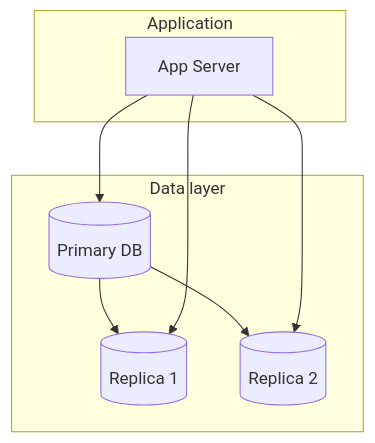
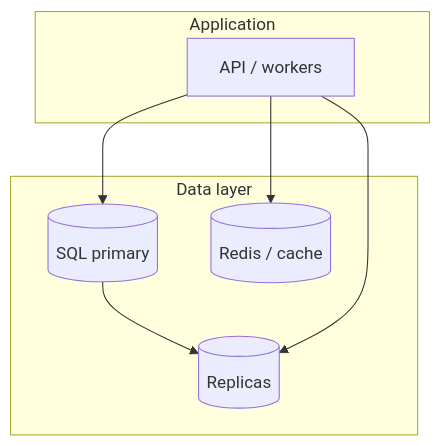
The diagram in content/hld/database-fundamentals.mdx (Gauravmadhukarkhandekar/System-design-platform), drawn with Mermaid before and after one commit. The commit also changed other lines of this file and 2 other files, not shown here.

````diff
--- a/content/hld/database-fundamentals.mdx
+++ b/content/hld/database-fundamentals.mdx
@@ -20,16 +183,15 @@
 ```mermaid
 flowchart TB
-  subgraph "Application"
-    App[App Server]
+  subgraph app [Application]
+    API[API / workers]
   end
-  subgraph "Data layer"
-    DB[(Primary DB)]
-    R1[(Replica 1)]
-    R2[(Replica 2)]
-    DB --> R1
-    DB --> R2
+  subgraph data [Data layer]
+    SQL[(SQL primary)]
+    R[(Replicas)]
+    KV[(Redis / cache)]
+    SQL --> R
   end
-  App --> DB
-  App --> R1
-  App --> R2
+  API --> SQL
+  API --> R
+  API --> KV
 ```
````
